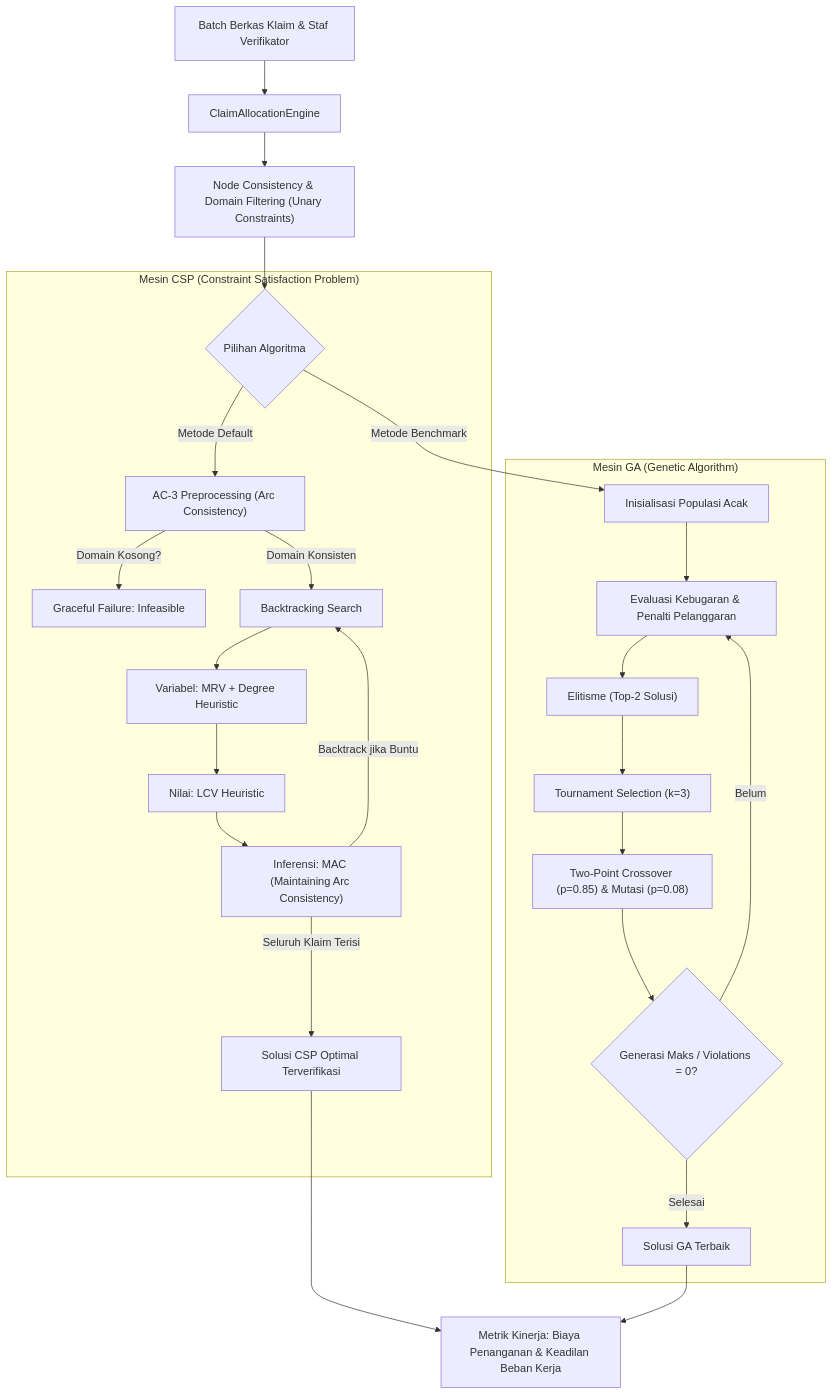
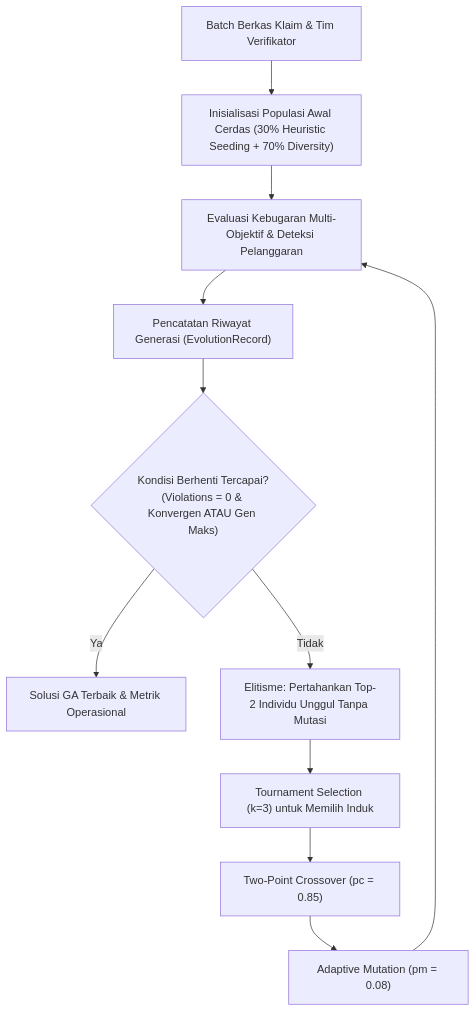
Before and after one commit to DavinaHutabarat/ClaimWise-AI: the diagram in docs/Grup01-Tugas02.md, drawn with Mermaid. The commit also changed other lines of this file and 6 other files, not shown here.

Commit message:
feat(milestone2): focus on multi-objective Genetic Algorithm (GA) optimization module with regulatory penalties and sensitivity tests

````diff
--- a/docs/Grup01-Tugas02.md
+++ b/docs/Grup01-Tugas02.md
@@ -152,31 +98,13 @@
 ```mermaid
 flowchart TD
-    A["Batch Berkas Klaim & Staf Verifikator"] --> B["ClaimAllocationEngine"]
-    B --> C["Node Consistency & Domain Filtering (Unary Constraints)"]
-    C --> D{"Pilihan Algoritma"}
-
-    subgraph CSP_Engine["Mesin CSP (Constraint Satisfaction Problem)"]
-        D -->|Metode Default| E["AC-3 Preprocessing (Arc Consistency)"]
-        E -->|Domain Kosong?| FAIL["Graceful Failure: Infeasible"]
-        E -->|Domain Konsisten| F["Backtracking Search"]
-        F --> G["Variabel: MRV + Degree Heuristic"]
-        G --> H["Nilai: LCV Heuristic"]
-        H --> I["Inferensi: MAC (Maintaining Arc Consistency)"]
-        I -->|Backtrack jika Buntu| F
-        I -->|Seluruh Klaim Terisi| J["Solusi CSP Optimal Terverifikasi"]
-    end
-
-    subgraph GA_Engine["Mesin GA (Genetic Algorithm)"]
-        D -->|Metode Benchmark| K["Inisialisasi Populasi Acak"]
-        K --> L["Evaluasi Kebugaran & Penalti Pelanggaran"]
-        L --> M["Elitisme (Top-2 Solusi)"]
-        M --> N["Tournament Selection (k=3)"]
-        N --> O["Two-Point Crossover (p=0.85) & Mutasi (p=0.08)"]
-        O --> P{"Generasi Maks / Violations = 0?"}
-        P -->|Belum| L
-        P -->|Selesai| Q["Solusi GA Terbaik"]
-    end
-
-    J --> R["Metrik Kinerja: Biaya Penanganan & Keadilan Beban Kerja"]
-    Q --> R
+    A["Batch Berkas Klaim & Tim Verifikator"] --> B["Inisialisasi Populasi Awal Cerdas (30% Heuristic Seeding + 70% Diversity)"]
+    B --> C["Evaluasi Kebugaran Multi-Objektif & Deteksi Pelanggaran"]
+    C --> D["Pencatatan Riwayat Generasi (EvolutionRecord)"]
+    D --> E{"Kondisi Berhenti Tercapai?<br>(Violations = 0 & Konvergen ATAU Gen Maks)"}
+    E -->|Ya| F["Solusi GA Terbaik & Metrik Operasional"]
+    E -->|Tidak| G["Elitisme: Pertahankan Top-2 Individu Unggul Tanpa Mutasi"]
+    G --> H["Tournament Selection (k=3) untuk Memilih Induk"]
+    H --> I["Two-Point Crossover (pc = 0.85)"]
+    I --> J["Adaptive Mutation (pm = 0.08)"]
+    J --> C
 ```
````
